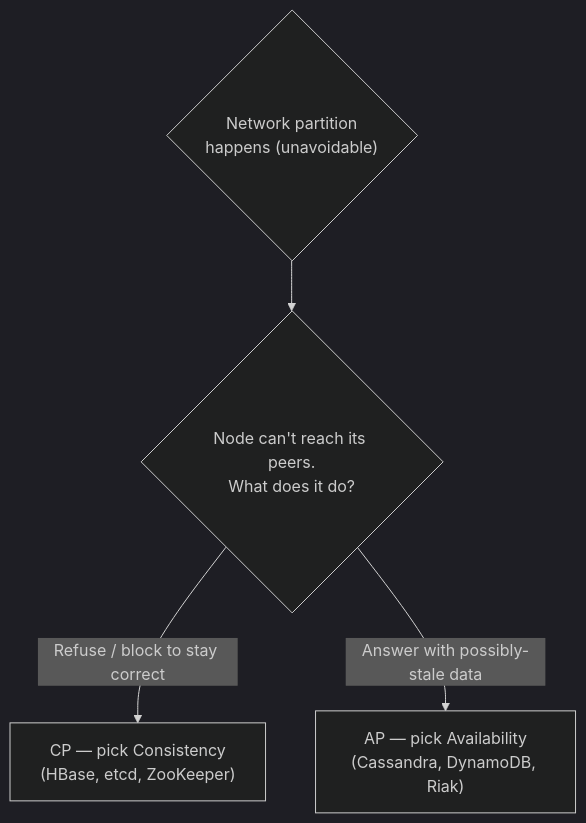
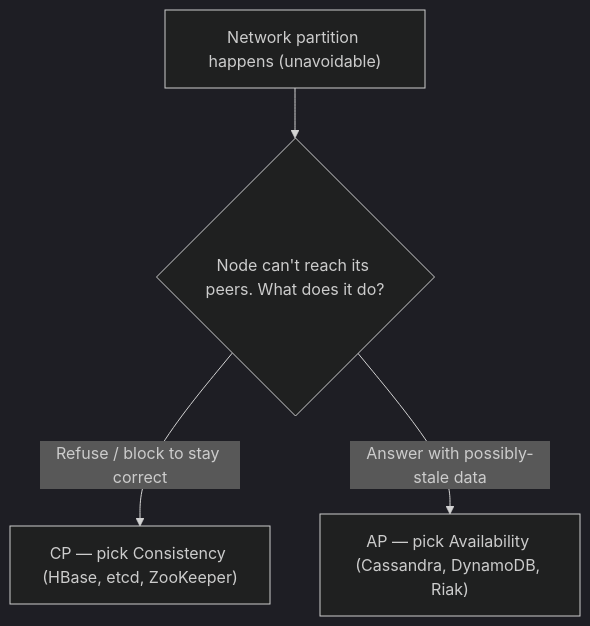
One commit to mohammad-mriesh-job/cortex changed the first of 2 diagrams in src/modules/system-design/content/04-databases/04-cap-and-consistency.md. Above: the diagram before and after it, drawn with Mermaid (dark theme). The commit also changed other lines of this file and 257 other files, not shown here.

````diff
--- a/src/modules/system-design/content/04-databases/04-cap-and-consistency.md
+++ b/src/modules/system-design/content/04-databases/04-cap-and-consistency.md
@@ -23,6 +23,6 @@
 ```mermaid
 flowchart TD
-  P{"Network partition<br/>happens (unavoidable)"} --> Choose{"Node can't reach its peers.<br/>What does it do?"}
-  Choose -->|"Refuse / block to stay correct"| CP["CP — pick Consistency<br/>(HBase, etcd, ZooKeeper)"]
-  Choose -->|"Answer with possibly-stale data"| AP["AP — pick Availability<br/>(Cassandra, DynamoDB, Riak)"]
+  P["Network partition happens (unavoidable)"] --> Choose{"Node can't reach its peers. What does it do?"}
+  Choose -->|"Refuse / block to stay correct"| CP["CP — pick Consistency (HBase, etcd, ZooKeeper)"]
+  Choose -->|"Answer with possibly-stale data"| AP["AP — pick Availability (Cassandra, DynamoDB, Riak)"]
 ```
````
